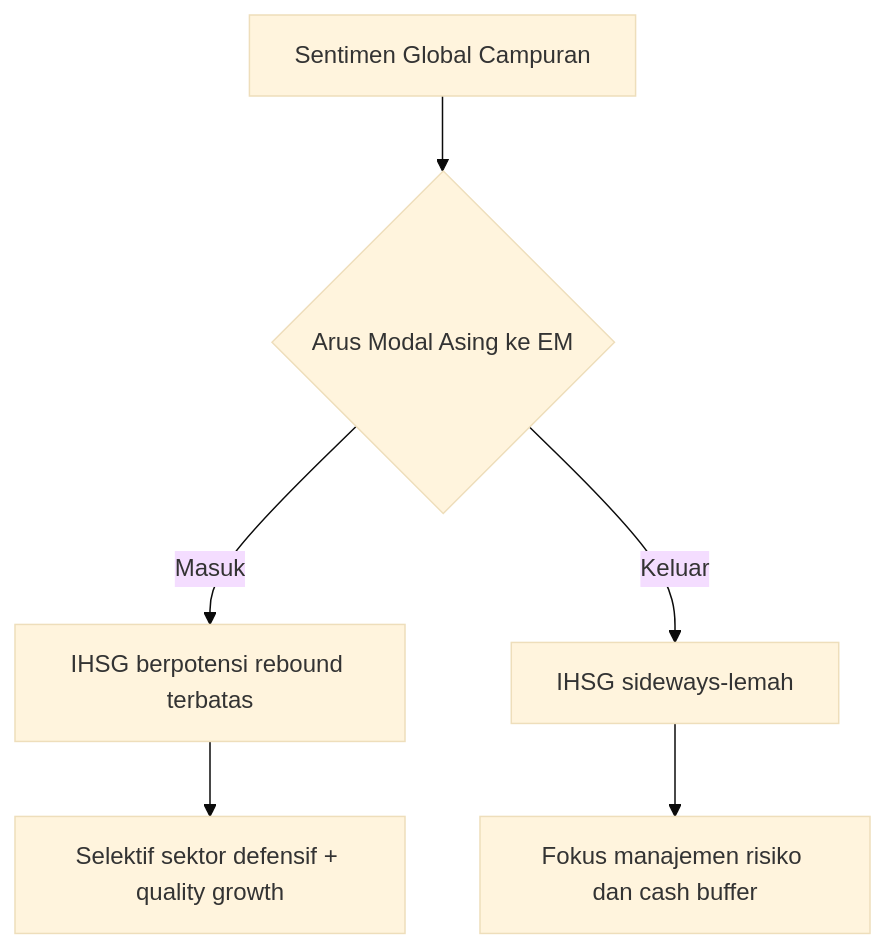
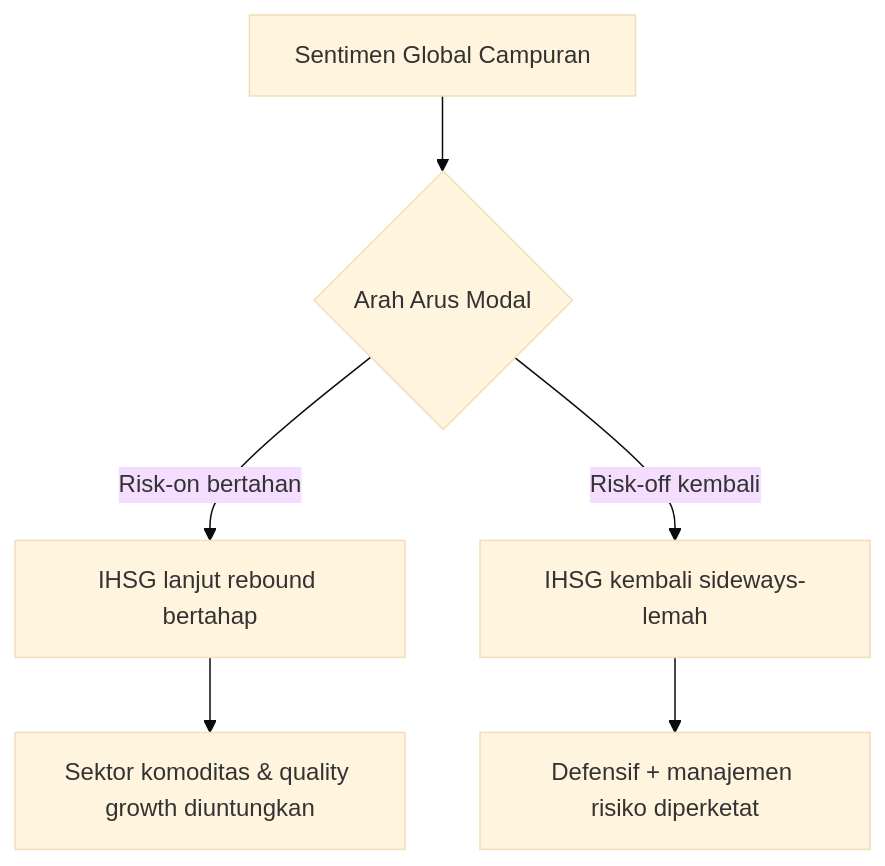
Before and after one commit to dwirx/BangunAI-Blog: the diagram in src/content/daily/2026-03-10.mdx, drawn with Mermaid (base theme). The commit also changed other lines of this file, not shown here.

````diff
--- a/src/content/daily/2026-03-10.mdx
+++ b/src/content/daily/2026-03-10.mdx
@@ -131,8 +128,8 @@
 ```mermaid
 flowchart TD
-    A[Sentimen Global Campuran] --> B{Arus Modal Asing ke EM}
-    B -->|Masuk| C[IHSG berpotensi rebound terbatas]
-    B -->|Keluar| D[IHSG sideways-lemah]
-    C --> E[Selektif sektor defensif + quality growth]
-    D --> F[Fokus manajemen risiko dan cash buffer]
+    A[Sentimen Global Campuran] --> B{Arah Arus Modal}
+    B -->|Risk-on bertahan| C[IHSG lanjut rebound bertahap]
+    B -->|Risk-off kembali| D[IHSG kembali sideways-lemah]
+    C --> E[Sektor komoditas & quality growth diuntungkan]
+    D --> F[Defensif + manajemen risiko diperketat]
 ```
````
